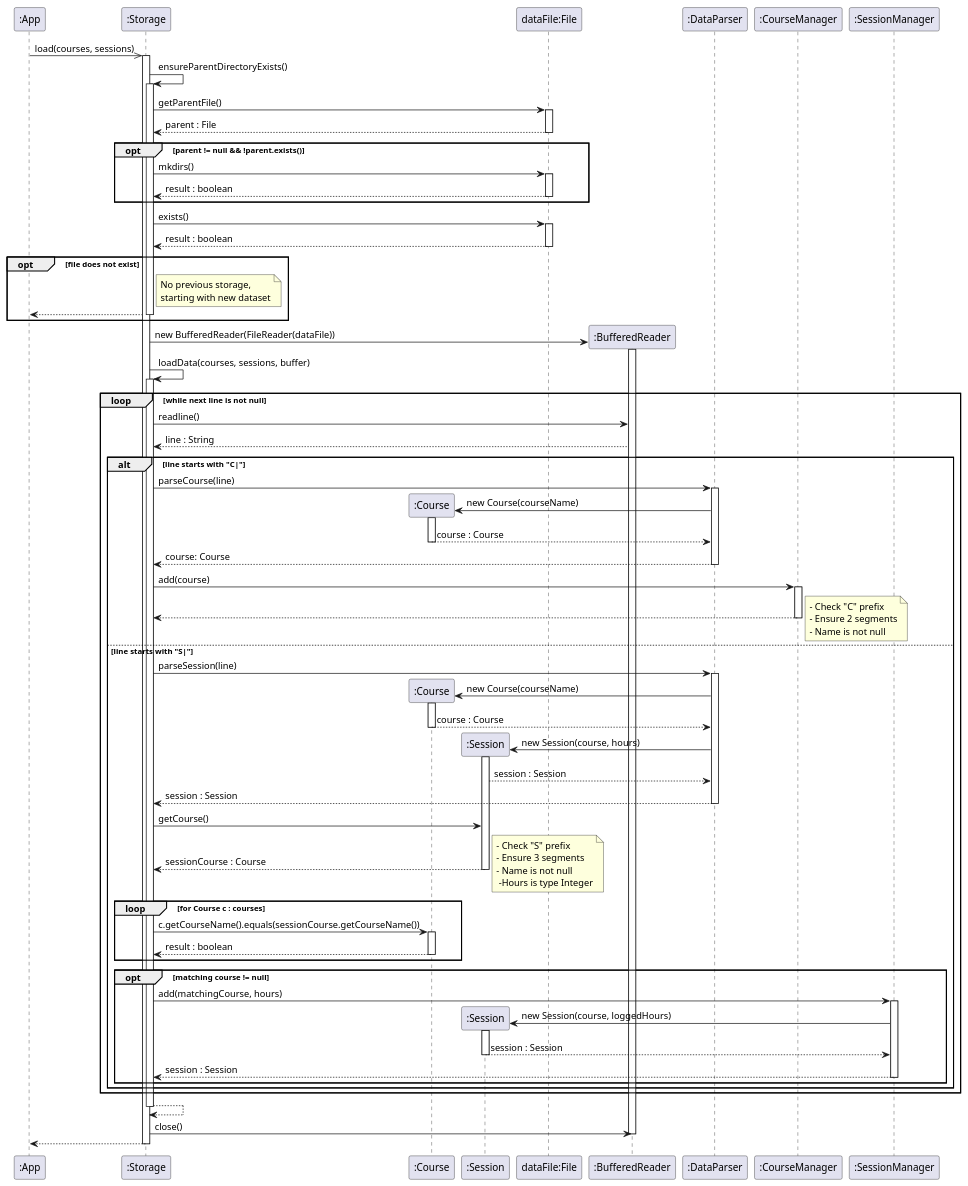
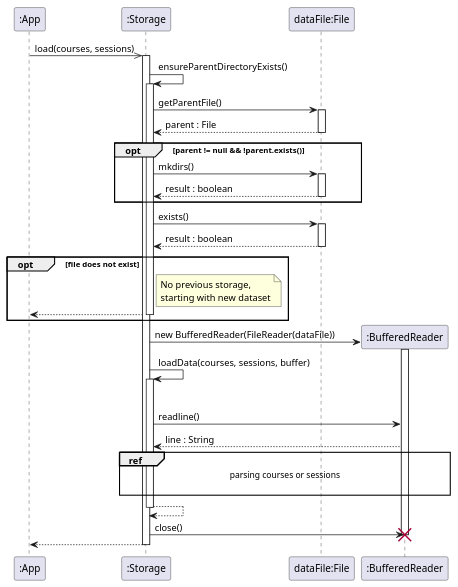
One commit to t-kandasami/tp changed the diagram in docs/diagrams/StorageLoadSequenceDiagram.puml. Above: the diagram before and after it, drawn with PlantUML. The commit also changed 3 other files, not shown here.

Commit message:
refactor: Abstract load storage sequence diagram with 'ref' frame

```diff
--- a/docs/diagrams/StorageLoadSequenceDiagram.puml
+++ b/docs/diagrams/StorageLoadSequenceDiagram.puml
@@ -1,131 +1,66 @@
 @startuml
 'https://plantuml.com/sequence-diagram
 
 participant ":App" as App
 participant ":Storage" as Storage
-participant ":Course" as Course
-participant ":Session" as Session
 participant "dataFile:File" as File
 participant ":BufferedReader" as BR
-participant ":DataParser" as Parser
-participant ":CourseManager" as CM
-participant ":SessionManager" as SM
+
 
 App ->> Storage: load(courses, sessions)
 activate Storage
 
 Storage -> Storage: ensureParentDirectoryExists()
 activate Storage
 
 Storage -> File: getParentFile()
 activate File
 
 File --> Storage: parent : File
 deactivate File
 
 opt parent != null && !parent.exists()
     Storage -> File: mkdirs()
     activate File
 
     File --> Storage: result : boolean
     deactivate File
 end
 
 Storage -> File: exists()
 activate File
 File --> Storage: result : boolean
 deactivate File
 
 opt file does not exist
     note right of Storage: No previous storage,\nstarting with new dataset
     Storage --> App
     deactivate Storage
 end
 
 Storage -> BR**: new BufferedReader(FileReader(dataFile))
 activate BR
 
 Storage -> Storage: loadData(courses, sessions, buffer)
 activate Storage
 
 
 loop while next line is not null
 Storage -> BR: readline()
     BR --> Storage: line : String
 
-    alt line starts with "C|"
-        Storage -> Parser: parseCourse(line)
-        activate Parser
+    ref over BR, Storage
+    parsing courses or sessions
 
-        Parser -> Course**: new Course(courseName)
-        activate Course
-        Course --> Parser: course : Course
-        deactivate Course
-
-        Parser --> Storage: course: Course
-        deactivate Parser
-
-        Storage -> CM: add(course)
-        activate CM
-        CM --> Storage
-        deactivate CM
-
-        note right: - Check "C" prefix\n- Ensure 2 segments\n- Name is not null
-
-    else line starts with "S|"
-
-        Storage -> Parser: parseSession(line)
-        activate Parser
-
-        Parser -> Course**: new Course(courseName)
-        activate Course
-        Course --> Parser: course : Course
-        deactivate Course
-
-        Parser -> Session**: new Session(course, hours)
-        activate Session
-        Session --> Parser: session : Session
-
-
-        Parser --> Storage: session : Session
-        deactivate Parser
-        Storage -> Session: getCourse()
-
-        Session --> Storage: sessionCourse : Course
-        deactivate Session
-
-        note right: - Check "S" prefix\n- Ensure 3 segments\n- Name is not null\n -Hours is type Integer
-
-        loop for Course c : courses
-
-        Storage -> Course: c.getCourseName().equals(sessionCourse.getCourseName())
-        activate Course
-        Course --> Storage: result : boolean
-        deactivate Course
-
-        end
-
-        opt matching course != null
-            Storage -> SM: add(matchingCourse, hours)
-            activate SM
-            SM -> Session**: new Session(course, loggedHours)
-            activate Session
-            Session --> SM: session : Session
-            deactivate Session
-            SM --> Storage: session : Session
-            deactivate SM
-        end
-
-    end
 end
 
 Storage --> Storage:
 deactivate Storage
 
 Storage -> BR: close()
 deactivate BR
+destroy BR
 Storage --> App
 deactivate Storage
 
-
 @enduml
```
